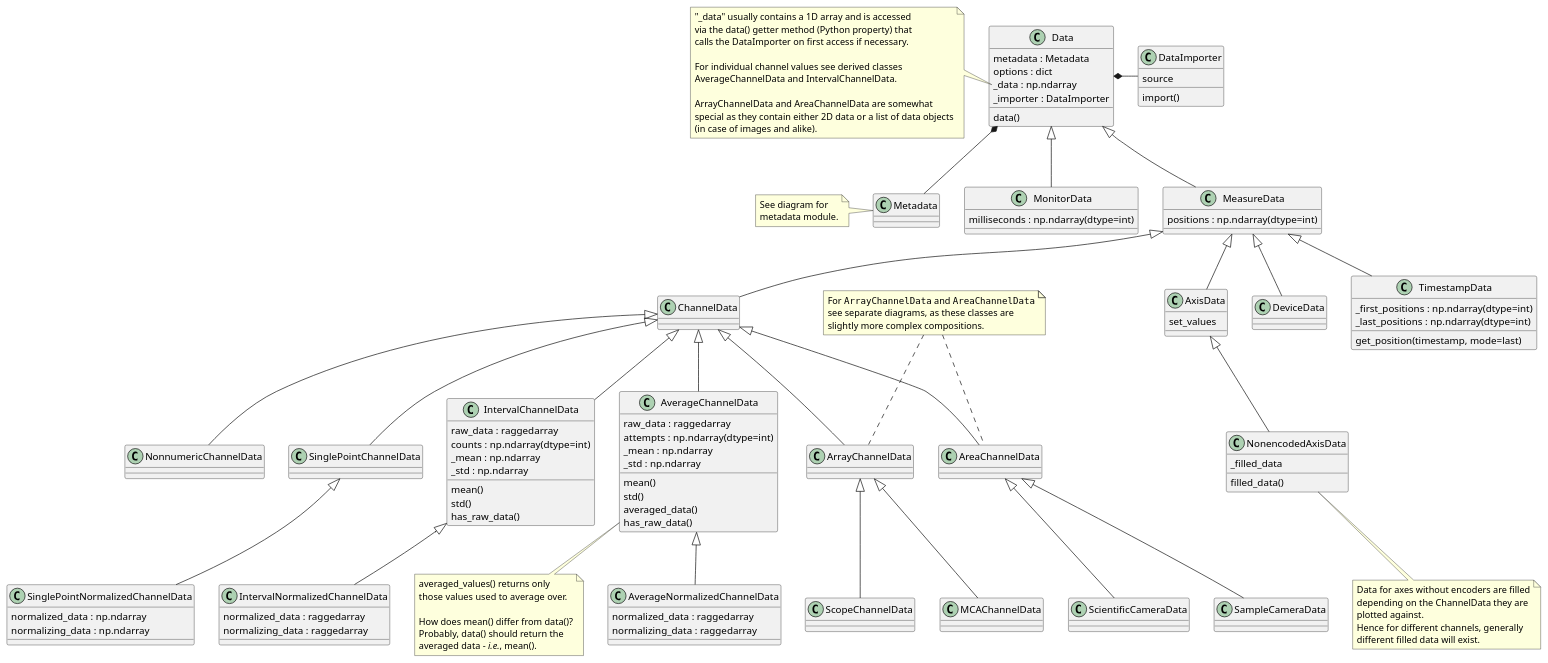
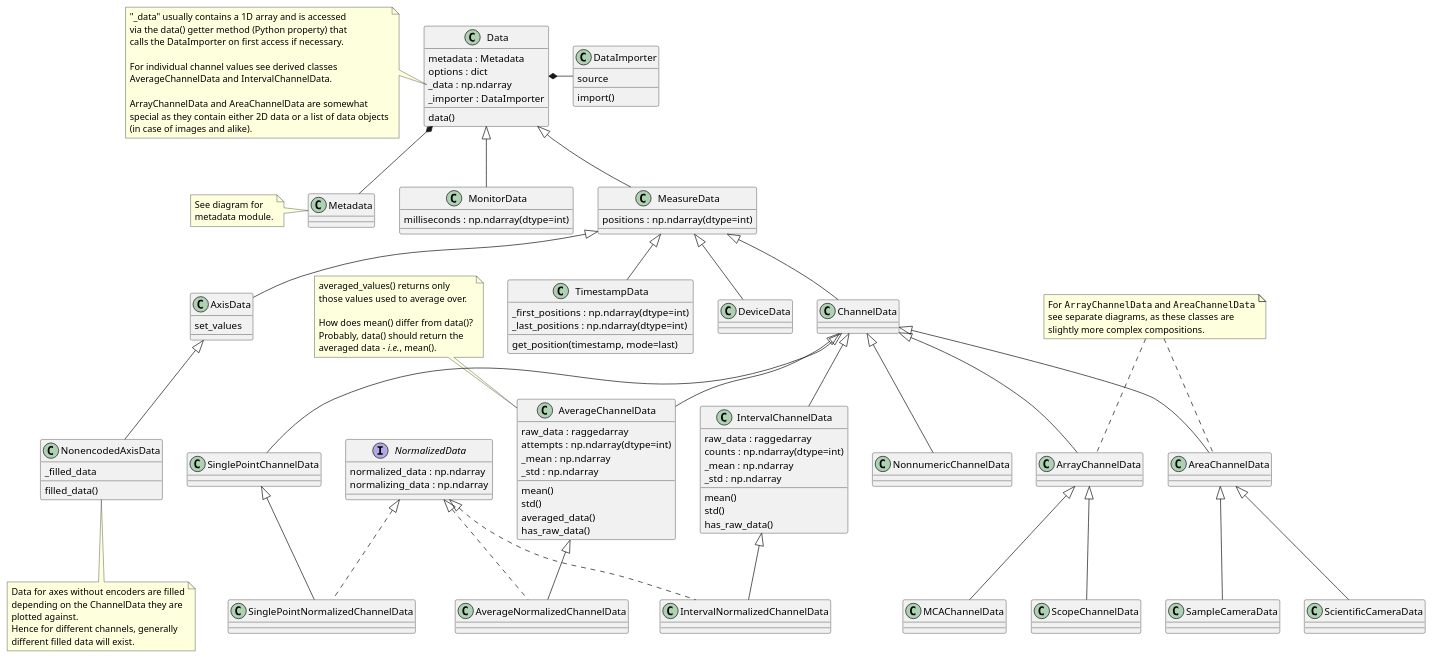
The diagram in docs/uml/evedata.evefile.data.puml (tillbiskup/evedata), drawn with PlantUML before and after one commit. The commit also changed 4 other files, not shown here.

Commit message:
Update UML diagrams: rearrange, complete metadata diagram

```diff
--- a/docs/uml/evedata.evefile.data.puml
+++ b/docs/uml/evedata.evefile.data.puml
@@ -1,148 +1,152 @@
 @startuml
 'skinparam dpi 150
 
 class Data {
     metadata : Metadata
     options : dict
     _data : np.ndarray
     _importer : DataImporter
     data()
 }
 note left of Data::_data
     "_data" usually contains a 1D array and is accessed
     via the data() getter method (Python property) that
     calls the DataImporter on first access if necessary.
 
     For individual channel values see derived classes
     AverageChannelData and IntervalChannelData.
 
     ArrayChannelData and AreaChannelData are somewhat
     special as they contain either 2D data or a list of data objects
     (in case of images and alike).
 end note
 
 class DataImporter {
     source
     import()
 }
 
 class Metadata {
 }
 note left: See diagram for\nmetadata module.
 
 Data *- DataImporter
 Data *-- Metadata
 
 class MeasureData extends Data {
     {field} positions : np.ndarray(dtype=int)
 }
 
 class MonitorData extends Data {
     {field} milliseconds : np.ndarray(dtype=int)
 }
 
+Metadata -[hidden]> MonitorData
+MonitorData -[hidden]> MeasureData
+
 class DeviceData extends MeasureData
 
 class AxisData extends MeasureData {
     set_values
 }
 
 class NonencodedAxisData extends AxisData {
     _filled_data
     filled_data()
 }
 note bottom of NonencodedAxisData
     Data for axes without encoders are filled
     depending on the ChannelData they are
     plotted against.
     Hence for different channels, generally
     different filled data will exist.
 endnote
 
 class ChannelData extends MeasureData {
 }
 
 class TimestampData extends MeasureData {
     {field} _first_positions : np.ndarray(dtype=int)
     {field} _last_positions : np.ndarray(dtype=int)
     get_position(timestamp, mode=last)
 }
 
 class NonnumericChannelData extends ChannelData {}
 
 'Help layout a bit
 NonnumericChannelData -[hidden]> SinglePointChannelData
-SinglePointChannelData -[hidden]> IntervalChannelData
-IntervalChannelData -[hidden]> AreaChannelData
+SinglePointChannelData -[hidden]> AverageChannelData
+AverageChannelData -[hidden]> IntervalChannelData
+IntervalChannelData -[hidden]> ArrayChannelData
+ArrayChannelData -[hidden]> AreaChannelData
 
 class SinglePointChannelData extends ChannelData {}
 
-class SinglePointNormalizedChannelData extends SinglePointChannelData {
+interface NormalizedData {
     normalized_data : np.ndarray
     normalizing_data : np.ndarray
+}
+
+class SinglePointNormalizedChannelData extends SinglePointChannelData implements NormalizedData {
 }
 
 class AverageChannelData extends ChannelData {
     raw_data : raggedarray
     {field} attempts : np.ndarray(dtype=int)
     _mean : np.ndarray
     _std : np.ndarray
     mean()
     std()
     averaged_data()
     has_raw_data()
 }
-note bottom of AverageChannelData
+note top of AverageChannelData
     averaged_values() returns only
     those values used to average over.
 
     How does mean() differ from data()?
     Probably, data() should return the
     averaged data - <i>i.e.</i>, mean().
 end note
 
-class AverageNormalizedChannelData extends AverageChannelData {
-    normalized_data : raggedarray
-    normalizing_data : raggedarray
+class AverageNormalizedChannelData extends AverageChannelData implements NormalizedData {
 }
 
 
 class IntervalChannelData extends ChannelData {
     raw_data : raggedarray
     {field} counts : np.ndarray(dtype=int)
     _mean : np.ndarray
     _std : np.ndarray
     mean()
     std()
     has_raw_data()
 }
 
-class IntervalNormalizedChannelData extends IntervalChannelData {
-    normalized_data : raggedarray
-    normalizing_data : raggedarray
+class IntervalNormalizedChannelData extends IntervalChannelData implements NormalizedData {
 }
 
 class ArrayChannelData extends ChannelData {
 }
 
 class MCAChannelData extends ArrayChannelData
 
 class ScopeChannelData extends ArrayChannelData
 
 class AreaChannelData extends ChannelData {
 }
 
 class SampleCameraData extends AreaChannelData
 
 class ScientificCameraData extends AreaChannelData
 
 note as array_area_channels_note
     For ""ArrayChannelData"" and ""AreaChannelData""
     see separate diagrams, as these classes are
     slightly more complex compositions.
 end note
 
 AreaChannelData .up. array_area_channels_note
 ArrayChannelData .up. array_area_channels_note
 
 @enduml
```
